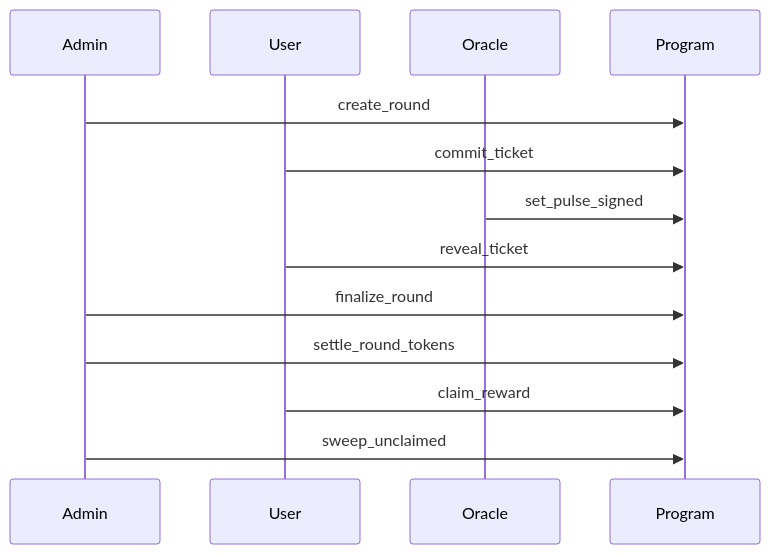
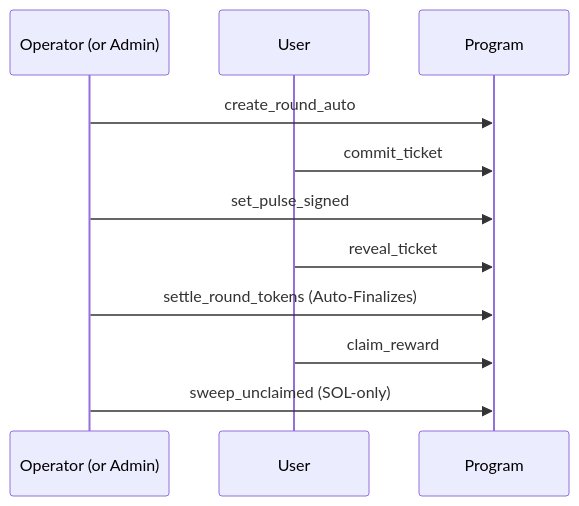
Before and after one commit to TIMLG-Protocol/timlg-protocol: the diagram in docs/index.md, drawn with Mermaid. The commit also changed other lines of this file and 47 other files, not shown here.

Commit message:
docs: full English translation, roadmap redesign, and devnet beta bundle sync

````diff
--- a/docs/index.md
+++ b/docs/index.md
@@ -97,16 +93,14 @@
 ```mermaid
 sequenceDiagram
-  participant Admin
-  participant User
-  participant Oracle
-  participant Program
+  participant O as Operator (or Admin)
+  participant U as User
+  participant P as Program
 
-  Admin->>Program: create_round
-  User->>Program: commit_ticket
-  Oracle->>Program: set_pulse_signed
-  User->>Program: reveal_ticket
-  Admin->>Program: finalize_round
-  Admin->>Program: settle_round_tokens
-  User->>Program: claim_reward
-  Admin->>Program: sweep_unclaimed
+  O->>P: create_round_auto
+  U->>P: commit_ticket
+  O->>P: set_pulse_signed
+  U->>P: reveal_ticket
+  O->>P: settle_round_tokens (Auto-Finalizes)
+  U->>P: claim_reward
+  O->>P: sweep_unclaimed (SOL-only)
 ```
````
